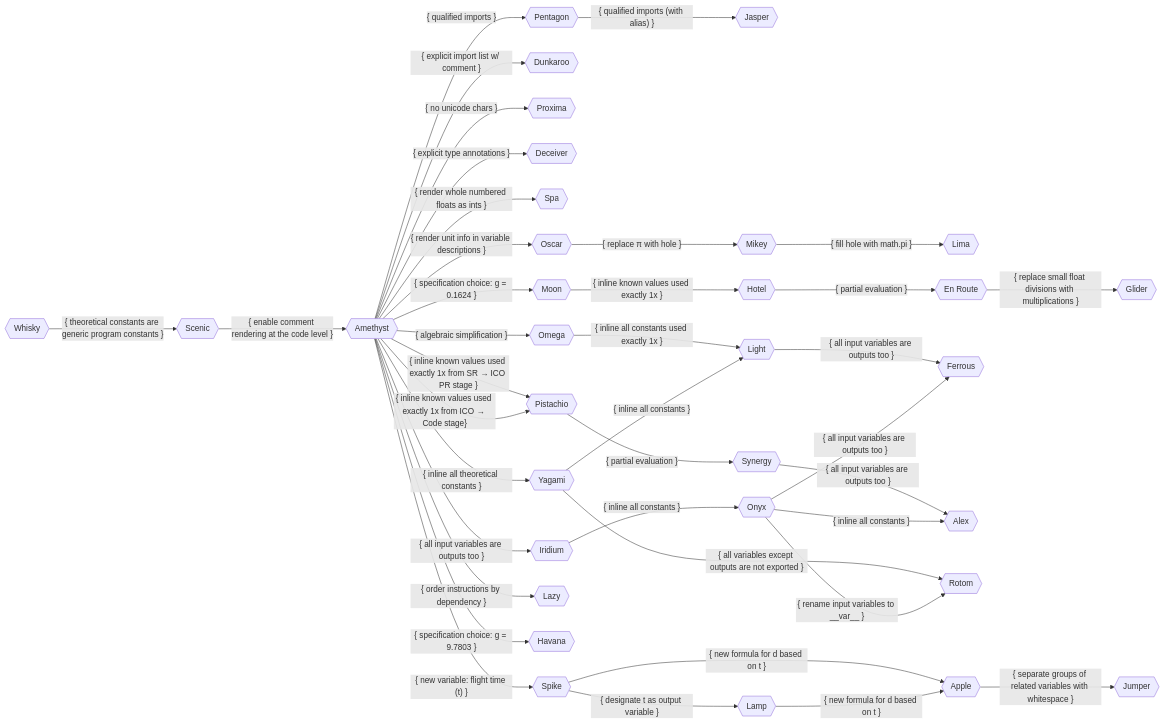
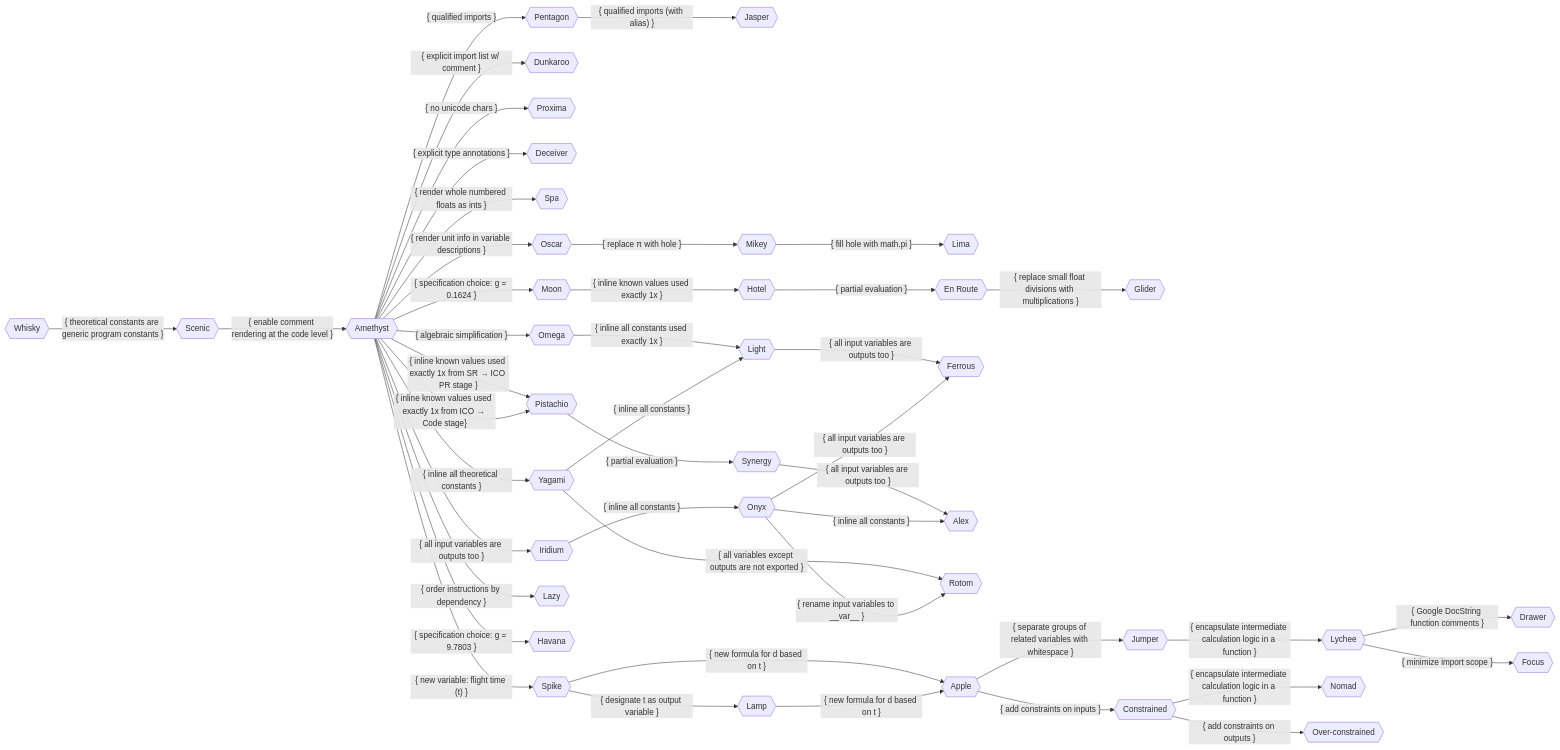
The diagram in human-readable code/New Variants.md (DrasilOrg/Notes), drawn with Mermaid before and after one commit. The commit also changed other lines of this file and 1 other file, not shown here.

````diff
--- a/human-readable code/New Variants.md
+++ b/human-readable code/New Variants.md
@@ -45,45 +54,51 @@
 ```mermaid
 flowchart LR
     whisky{{Whisky}}
 
     scenic -- { enable comment rendering at the code level } --> amethyst{{Amethyst}}
     amethyst -- { qualified imports } --> pentagon{{Pentagon}}
     pentagon -- { qualified imports (with alias) } --> jasper{{Jasper}}
     amethyst -- { explicit import list w/ comment } --> dunkaroo{{Dunkaroo}}
     amethyst -- { no unicode chars } --> proxima{{Proxima}}
     amethyst -- { explicit type annotations } --> deceiver{{Deceiver}}
     amethyst -- { render whole numbered floats as ints } --> spa{{Spa}}
     mikey -- { fill hole with math.pi } --> lima{{Lima}}
+    lychee -- { Google DocString function comments } --> drawer{{Drawer}}
+    lychee -- { minimize import scope } --> focus{{Focus}}
 
     amethyst -- { inline known values used exactly 1x from ICO → Code stage} --> pistachio{{Pistachio}}
     amethyst -- { inline known values used exactly 1x from SR → ICO PR stage } --> pistachio
     pistachio -- { partial evaluation } --> synergy{{Synergy}}
     moon -- { inline known values used exactly 1x } --> hotel{{Hotel}}
     hotel -- { partial evaluation } --> en_route{{En Route}}
     en_route -- { replace small float divisions with multiplications } --> glider{{Glider}}
     amethyst -- { inline all theoretical constants } --> yagami{{Yagami}}
     yagami -- { inline all constants } --> light{{Light}}
     amethyst -- { algebraic simplification } --> omega{{Omega}}
     omega -- { inline all constants used exactly 1x } --> light
     amethyst -- { all input variables are outputs too } --> iridium{{Iridium}}
     iridium -- { inline all constants } --> onyx{{Onyx}}
     onyx -- { all input variables are outputs too } --> ferrous{{Ferrous}}
     onyx -- { inline all constants } --> alex{{Alex}}
     synergy -- { all input variables are outputs too } --> alex
     light -- { all input variables are outputs too } --> ferrous
     onyx -- { rename input variables to __var__ } --> rotom{{Rotom}}
     yagami -- { all variables except outputs are not exported } --> rotom
     apple -- { separate groups of related variables with whitespace } --> jumper{{Jumper}}
+    jumper -- { encapsulate intermediate calculation logic in a function } --> lychee{{Lychee}}
+    constrained -- { encapsulate intermediate calculation logic in a function } --> nomad{{Nomad}}
 
     whisky -- { theoretical constants are generic program constants } --> scenic{{Scenic}}
     amethyst -- { render unit info in variable descriptions } --> oscar{{Oscar}}
     oscar -- { replace π with hole } --> mikey{{Mikey}}
     amethyst -- { order instructions by dependency } --> lazy{{Lazy}}
+    apple -- { add constraints on inputs } --> constrained{{Constrained}}
+    constrained -- { add constraints on outputs } --> over_constrained{{Over-constrained}}
 
     amethyst -- { specification choice: g = 9.7803 } --> havana{{Havana}}
     amethyst -- { specification choice: g = 0.1624 } --> moon{{Moon}}
     amethyst -- { new variable: flight time (t) } --> spike{{Spike}}
     spike -- { designate t as output variable } --> lamp{{Lamp}}
     lamp -- { new formula for d based on t } --> apple{{Apple}}
     spike -- { new formula for d based on t } --> apple
 ```
````
